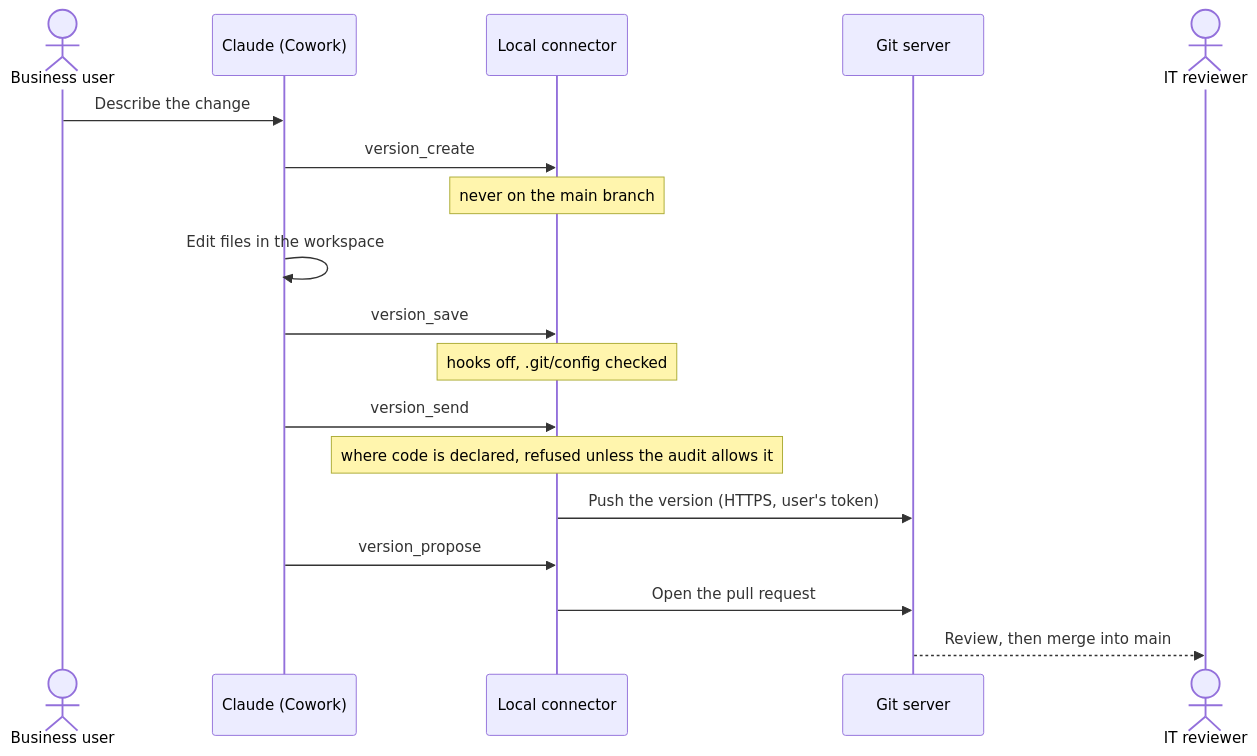
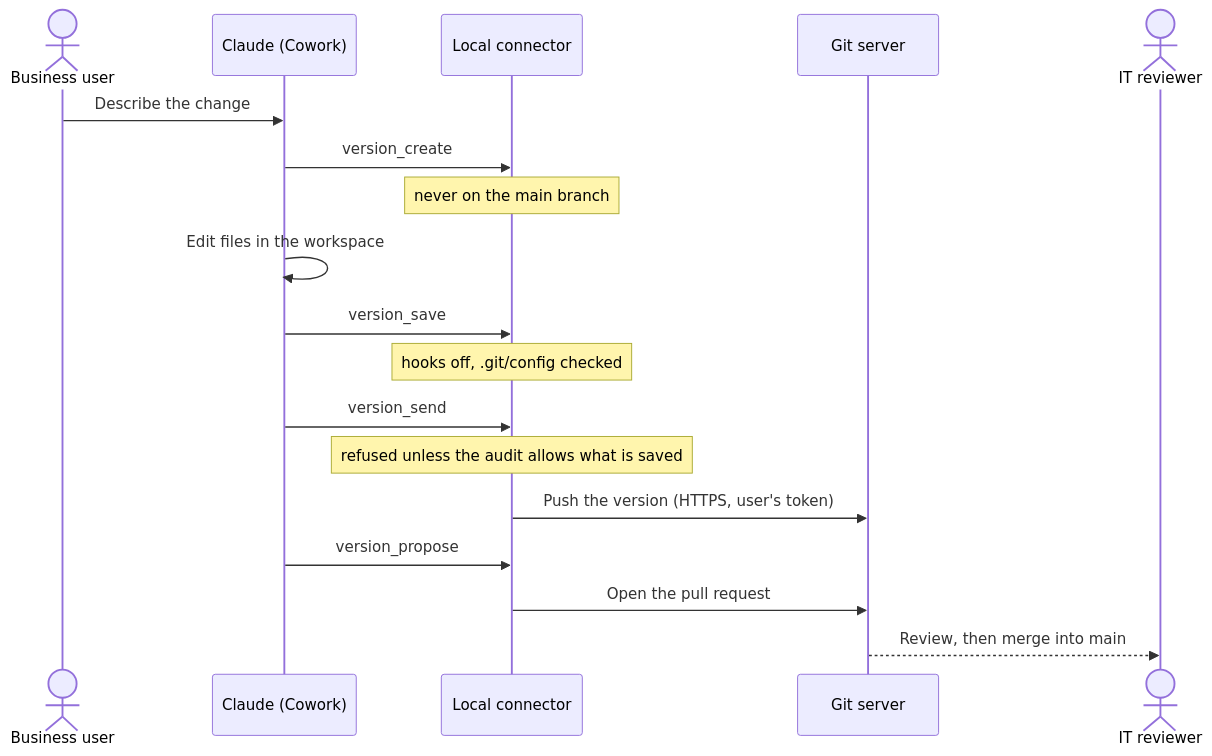
One commit to grojof/eunomai-business changed the second of 4 diagrams in docs/architecture.md. Above: the diagram before and after it, drawn with Mermaid. The commit also changed 11 other files, not shown here.

First line of the commit message:
The audit gate holds for every send, for what the server holds

````diff
--- a/docs/architecture.md
+++ b/docs/architecture.md
@@ -64,21 +64,21 @@
 ```mermaid
 sequenceDiagram
     actor User as Business user
     participant Claude as Claude (Cowork)
     participant Connector as Local connector
     participant Git as Git server
     actor IT as IT reviewer
 
     User->>Claude: Describe the change
     Claude->>Connector: version_create
     Note over Connector: never on the main branch
     Claude->>Claude: Edit files in the workspace
     Claude->>Connector: version_save
     Note over Connector: hooks off, .git/config checked
     Claude->>Connector: version_send
-    Note over Connector: where code is declared, refused unless the audit allows it
+    Note over Connector: refused unless the audit allows what is saved
     Connector->>Git: Push the version (HTTPS, user's token)
     Claude->>Connector: version_propose
     Connector->>Git: Open the pull request
     Git-->>IT: Review, then merge into main
 ```
````
